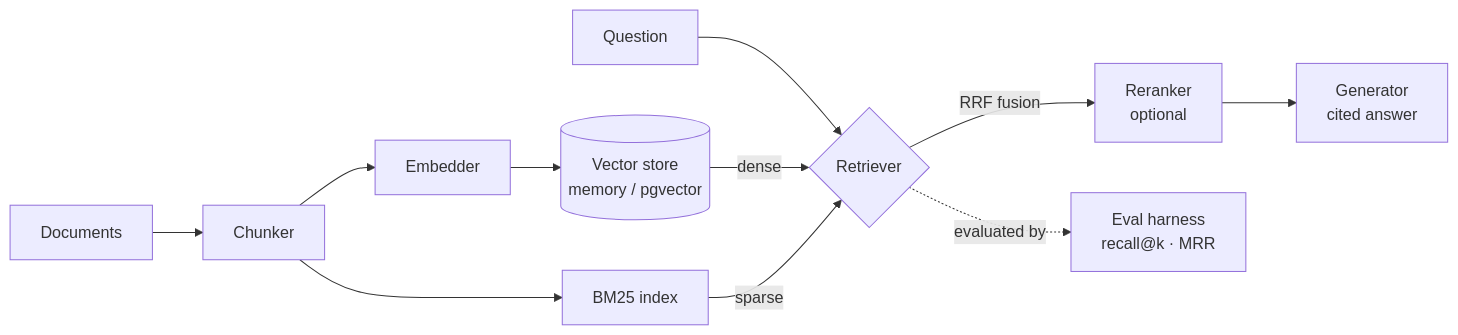
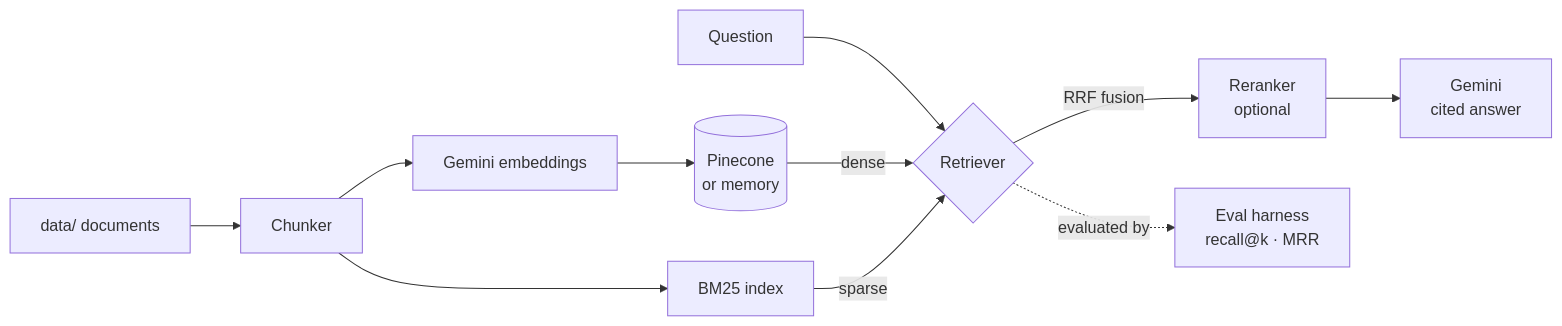
Before and after one commit to ArunRyzen/rag-knowledge-assistant: the diagram in README.md, drawn with Mermaid. The commit also changed other lines of this file and 43 other files, not shown here.

First line of the commit message:
feat: real-stack refactor — Gemini + Pinecone, PDF ingestion, learning curriculum

````diff
--- a/README.md
+++ b/README.md
@@ -52,13 +54,13 @@
 ```mermaid
 flowchart LR
-    D[Documents] --> C[Chunker]
-    C --> E[Embedder]
-    E --> VS[(Vector store<br/>memory / pgvector)]
+    D[data/ documents] --> C[Chunker]
+    C --> E[Gemini embeddings]
+    E --> VS[(Pinecone<br/>or memory)]
     C --> BM[BM25 index]
     Q[Question] --> R{Retriever}
     VS -->|dense| R
     BM -->|sparse| R
     R -->|RRF fusion| RR[Reranker<br/>optional]
-    RR --> G[Generator<br/>cited answer]
+    RR --> G[Gemini<br/>cited answer]
     R -. evaluated by .-> EV[Eval harness<br/>recall@k · MRR]
 ```
````
